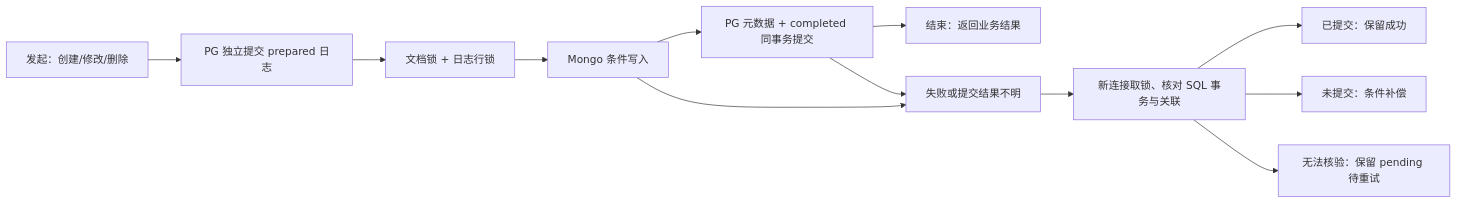
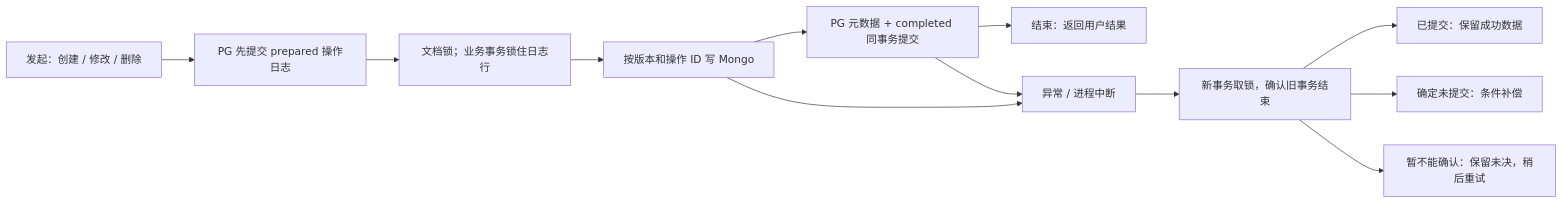
Before and after one commit to ZKshun/knowledge-hub-fastapi: the fourth of 5 diagrams in docs/versions/v1/implementation-flow-report.md, drawn with Mermaid. The commit also changed other lines of this file and 6 other files, not shown here.

Commit message:
docs(v1): teach FastAPI document service flow

````diff
--- a/docs/versions/v1/implementation-flow-report.md
+++ b/docs/versions/v1/implementation-flow-report.md
@@ -119,14 +128,14 @@
 ```mermaid
 flowchart LR
-    A["发起：创建/修改/删除"] --> B["PG 独立提交 prepared 日志"]
-    B --> C["文档锁 + 日志行锁"]
-    C --> D["Mongo 条件写入"]
+    A["发起：创建 / 修改 / 删除"] --> B["PG 先提交 prepared 操作日志"]
+    B --> C["文档锁；业务事务锁住日志行"]
+    C --> D["按版本和操作 ID 写 Mongo"]
     D --> E["PG 元数据 + completed 同事务提交"]
-    E --> F["结束：返回业务结果"]
-    D --> G["失败或提交结果不明"]
+    E --> F["结束：返回用户结果"]
+    D --> G["异常 / 进程中断"]
     E --> G
-    G --> H["新连接取锁、核对 SQL 事务与关联"]
-    H --> I["已提交：保留成功"]
-    H --> J["未提交：条件补偿"]
-    H --> K["无法核验：保留 pending 待重试"]
+    G --> H["新事务取锁，确认旧事务结束"]
+    H --> I["已提交：保留成功数据"]
+    H --> J["确定未提交：条件补偿"]
+    H --> K["暂不能确认：保留未决，稍后重试"]
 ```
````
